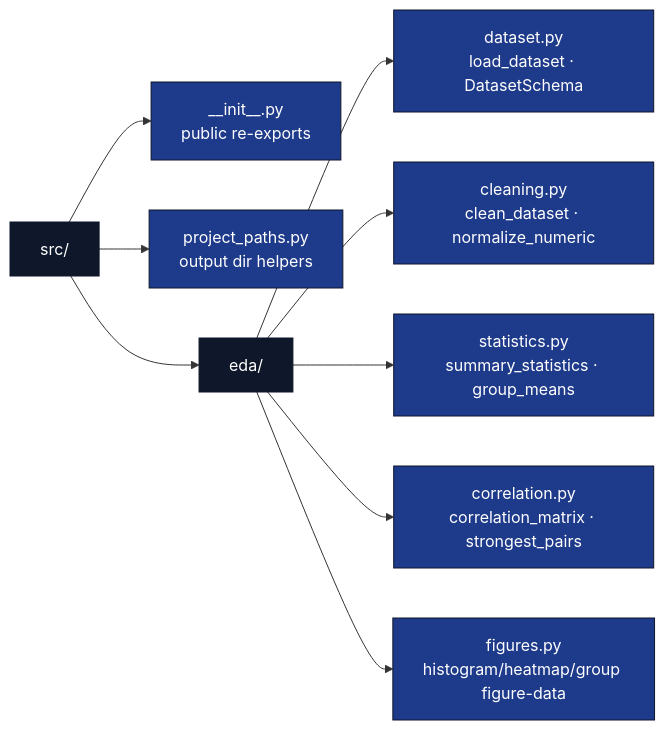
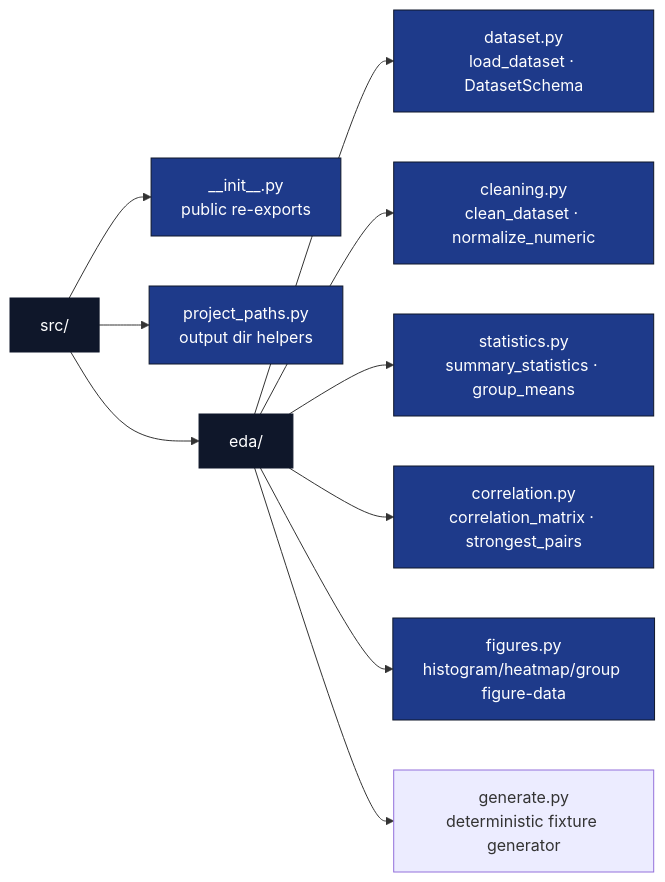
Before and after one commit to docxology/template: the diagram in projects/templates/template_eda_notebook/src/AGENTS.md, drawn with Mermaid. The commit also changed other lines of this file and 14 other files, not shown here.

Commit message:
feat(eda-notebook): deterministic dataset generator with fixture-contract binding tests

````diff
--- a/projects/templates/template_eda_notebook/src/AGENTS.md
+++ b/projects/templates/template_eda_notebook/src/AGENTS.md
@@ -26,17 +26,18 @@
 ```mermaid
 flowchart LR
     SRC["src/"]
     SRC --> INIT[__init__.py<br/>public re-exports]
     SRC --> PP[project_paths.py<br/>output dir helpers]
     SRC --> EDA["eda/"]
     EDA --> DS[dataset.py<br/>load_dataset · DatasetSchema]
     EDA --> CL[cleaning.py<br/>clean_dataset · normalize_numeric]
     EDA --> ST[statistics.py<br/>summary_statistics · group_means]
     EDA --> CO[correlation.py<br/>correlation_matrix · strongest_pairs]
     EDA --> FG[figures.py<br/>histogram/heatmap/group figure-data]
+    EDA --> GN[generate.py<br/>deterministic fixture generator]
 
     classDef d fill:#0f172a,stroke:#0f172a,color:#fff
     classDef code fill:#1e3a8a,stroke:#0f172a,color:#fff
     class SRC,EDA d
     class INIT,PP,DS,CL,ST,CO,FG code
 ```
````
